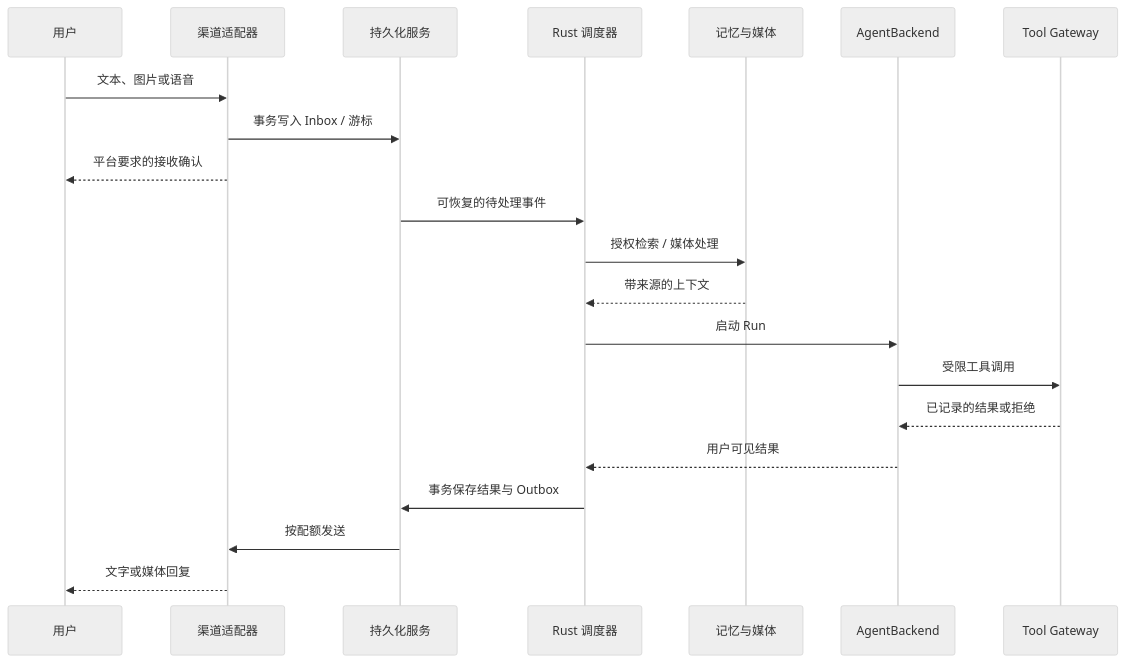
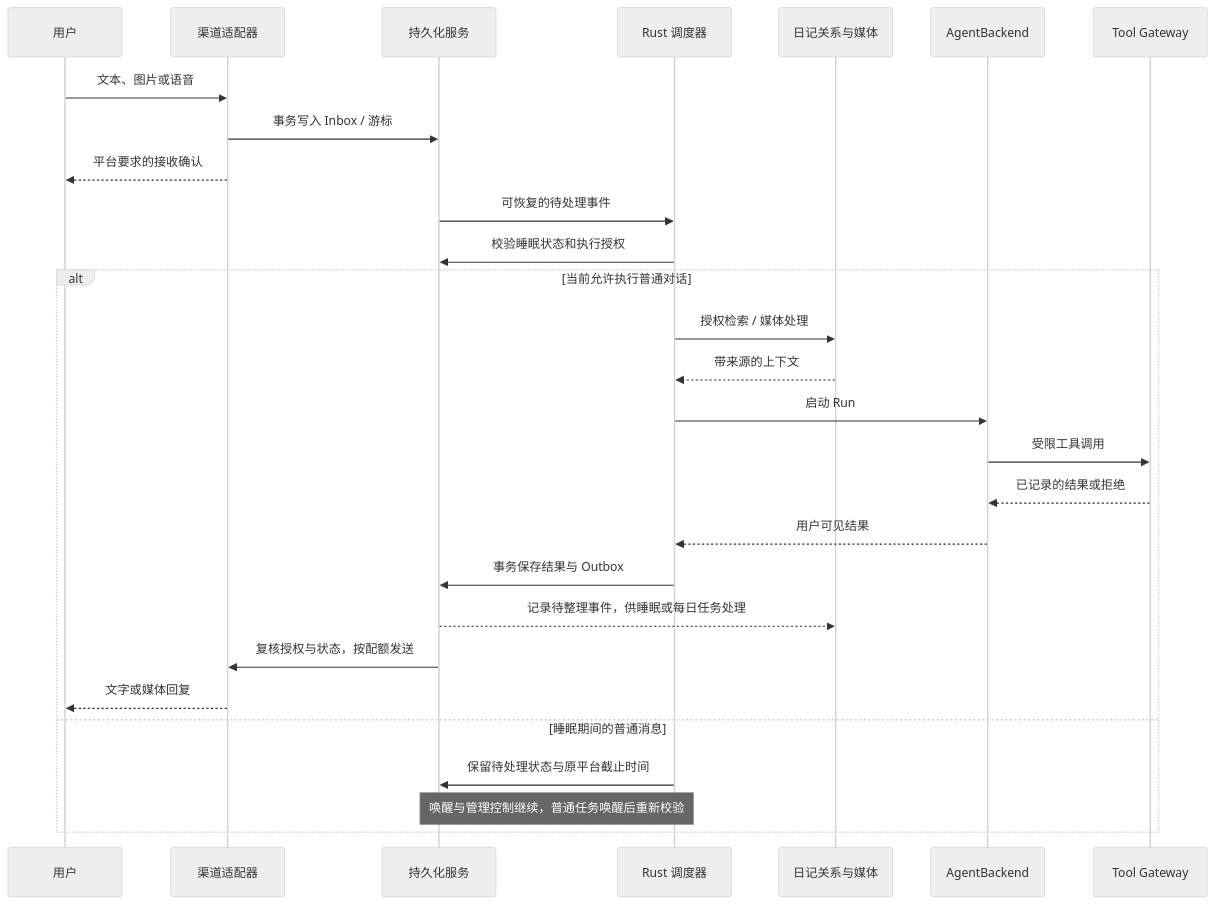
The third of 3 diagrams in docs/architecture.md (lakasli/Prometheus), drawn with Mermaid (neutral theme) before and after one commit. The commit also changed other lines of this file, not shown here.

Commit message:
docs: redesign diary, relationships and sleep architecture

````diff
--- a/docs/architecture.md
+++ b/docs/architecture.md
@@ -631,23 +767,30 @@
 ```mermaid
 sequenceDiagram
     participant U as 用户
     participant A as 渠道适配器
     participant D as 持久化服务
     participant R as Rust 调度器
-    participant M as 记忆与媒体
+    participant M as 日记关系与媒体
     participant H as AgentBackend
     participant T as Tool Gateway
     U->>A: 文本、图片或语音
     A->>D: 事务写入 Inbox / 游标
     A-->>U: 平台要求的接收确认
     D->>R: 可恢复的待处理事件
-    R->>M: 授权检索 / 媒体处理
-    M-->>R: 带来源的上下文
-    R->>H: 启动 Run
-    H->>T: 受限工具调用
-    T-->>H: 已记录的结果或拒绝
-    H-->>R: 用户可见结果
-    R->>D: 事务保存结果与 Outbox
-    D->>A: 按配额发送
-    A-->>U: 文字或媒体回复
+    R->>D: 校验睡眠状态和执行授权
+    alt 当前允许执行普通对话
+        R->>M: 授权检索 / 媒体处理
+        M-->>R: 带来源的上下文
+        R->>H: 启动 Run
+        H->>T: 受限工具调用
+        T-->>H: 已记录的结果或拒绝
+        H-->>R: 用户可见结果
+        R->>D: 事务保存结果与 Outbox
+        D-->>M: 记录待整理事件，供睡眠或每日任务处理
+        D->>A: 复核授权与状态，按配额发送
+        A-->>U: 文字或媒体回复
+    else 睡眠期间的普通消息
+        R->>D: 保留待处理状态与原平台截止时间
+        Note over D,R: 唤醒与管理控制继续，普通任务唤醒后重新校验
+    end
 ```
````
